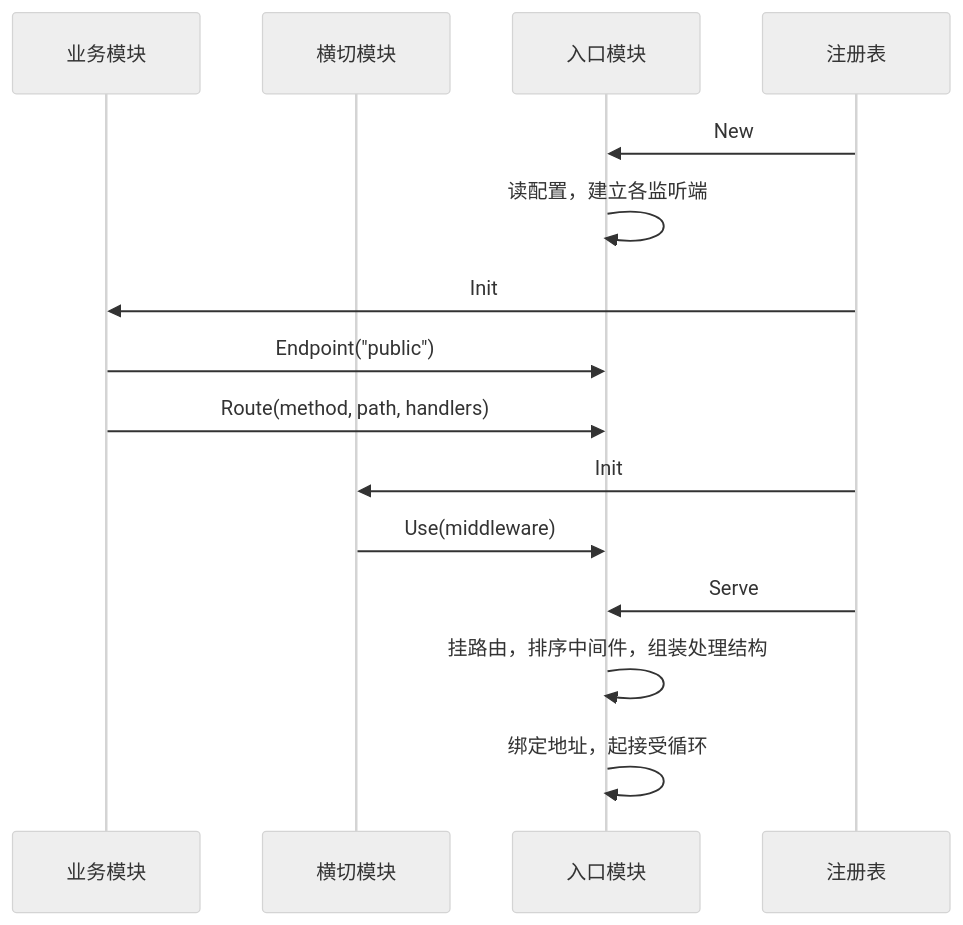
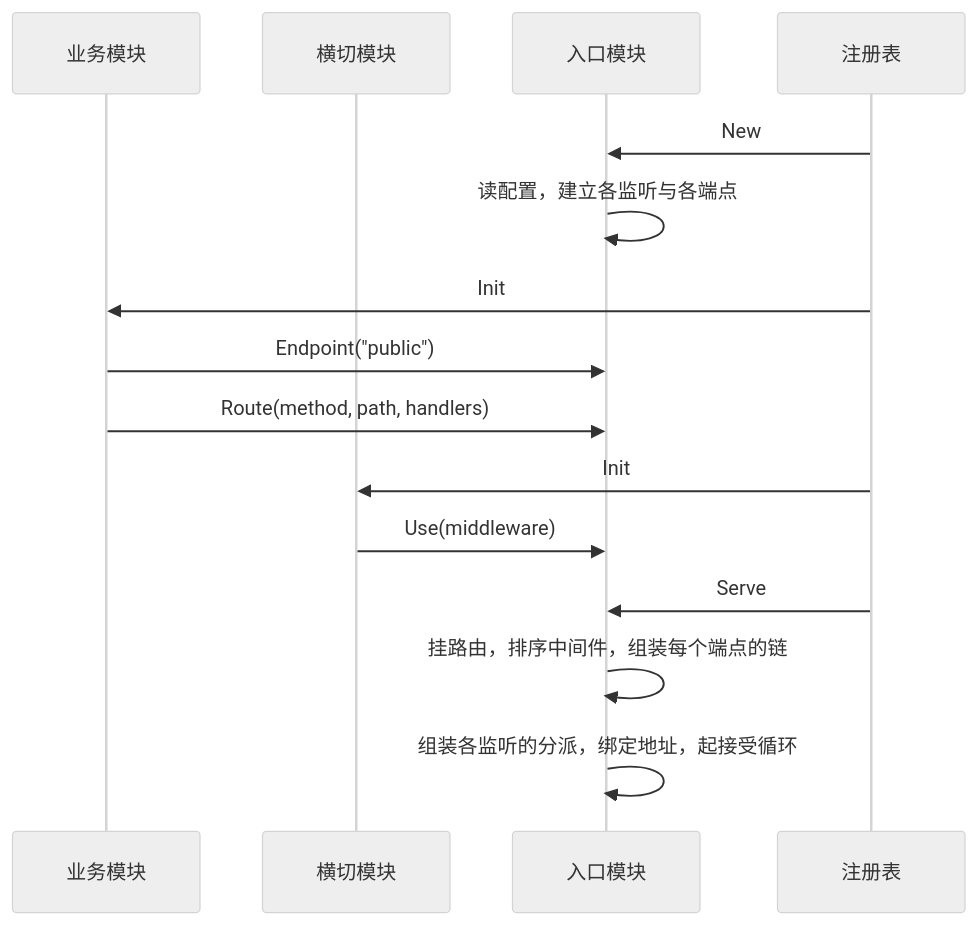
The second of 3 diagrams in docs/design/modules/http/design-http.md (wangzw/speed), drawn with Mermaid (neutral theme) before and after one commit. The commit also changed other lines of this file and 79 other files, not shown here.

````diff
--- a/docs/design/modules/http/design-http.md
+++ b/docs/design/modules/http/design-http.md
@@ -348,18 +350,18 @@
 ```mermaid
 sequenceDiagram
     participant 业务 as 业务模块
     participant 横切 as 横切模块
     participant 入口 as 入口模块
     participant 注册表 as 注册表
 
     注册表->>入口: New
-    入口->>入口: 读配置，建立各监听端
+    入口->>入口: 读配置，建立各监听与各端点
     注册表->>业务: Init
     业务->>入口: Endpoint("public")
     业务->>入口: Route(method, path, handlers)
     注册表->>横切: Init
     横切->>入口: Use(middleware)
     注册表->>入口: Serve
-    入口->>入口: 挂路由，排序中间件，组装处理结构
-    入口->>入口: 绑定地址，起接受循环
+    入口->>入口: 挂路由，排序中间件，组装每个端点的链
+    入口->>入口: 组装各监听的分派，绑定地址，起接受循环
 ```
````
